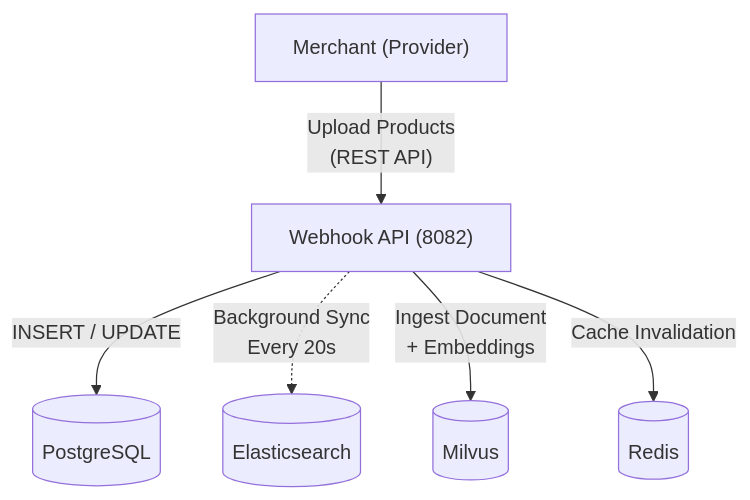
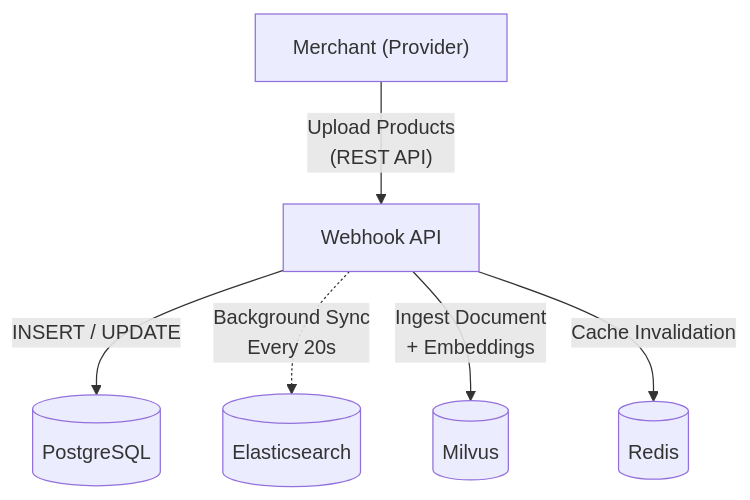
Before and after one commit to biabeogo147/Agent-Ecosystem-Salesperson-and-Payment: the second of 9 diagrams in DemoScenarios.md, drawn with Mermaid. The commit also changed other lines of this file and 5 other files, not shown here.

````diff
--- a/DemoScenarios.md
+++ b/DemoScenarios.md
@@ -61,18 +61,18 @@
 ```mermaid
 flowchart TB
     Merchant["Merchant (Provider)"]
-    Webhook["Webhook API (8082)"]
+    Webhook["Webhook API"]
     
     PG[(PostgreSQL)]
     ES[(Elasticsearch)]
     MV[(Milvus)]
     Redis[(Redis)]
 
     Merchant -->|"Upload Products<br/>(REST API)"| Webhook
     Webhook -->|"INSERT / UPDATE"| PG
 
     Webhook -.->|"Background Sync<br/>Every 20s"| ES
 
     Webhook -->|"Ingest Document<br/>+ Embeddings"| MV
     Webhook -->|"Cache Invalidation"| Redis
 ```
````
